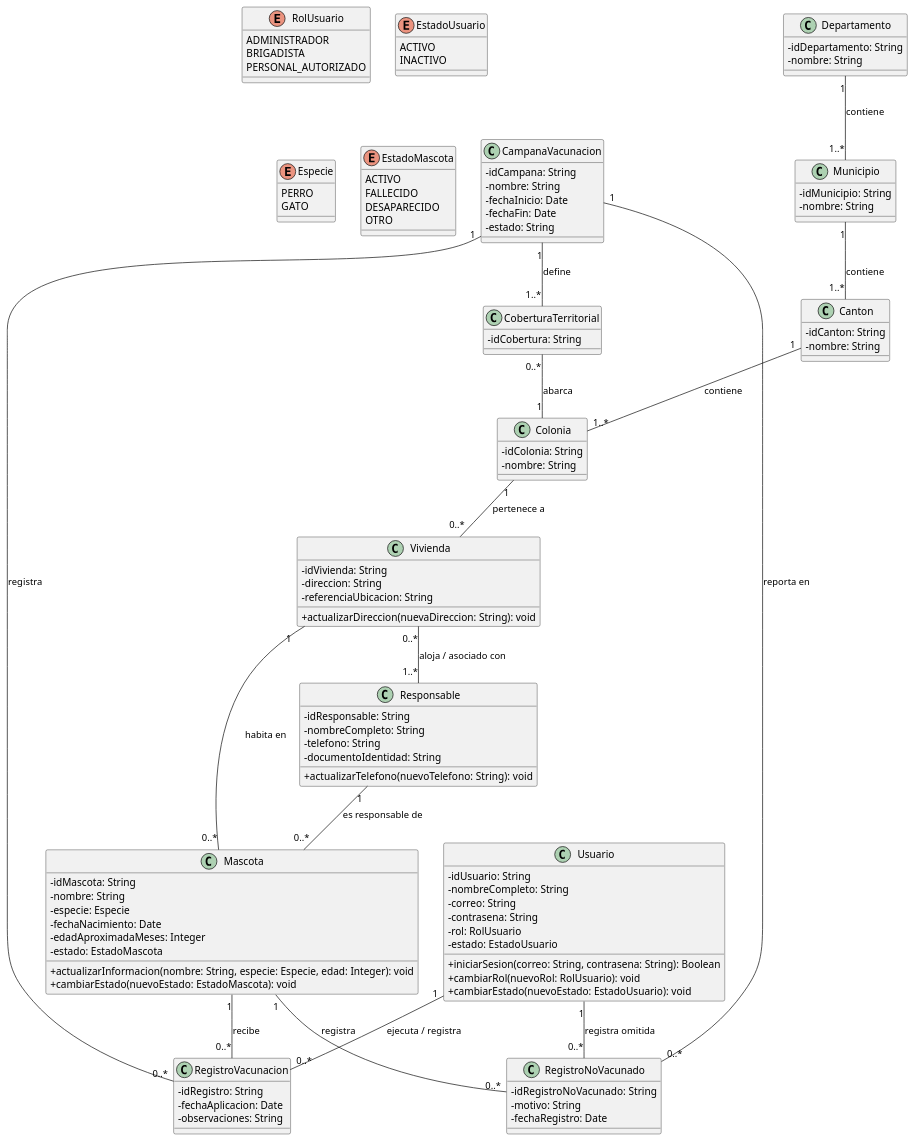
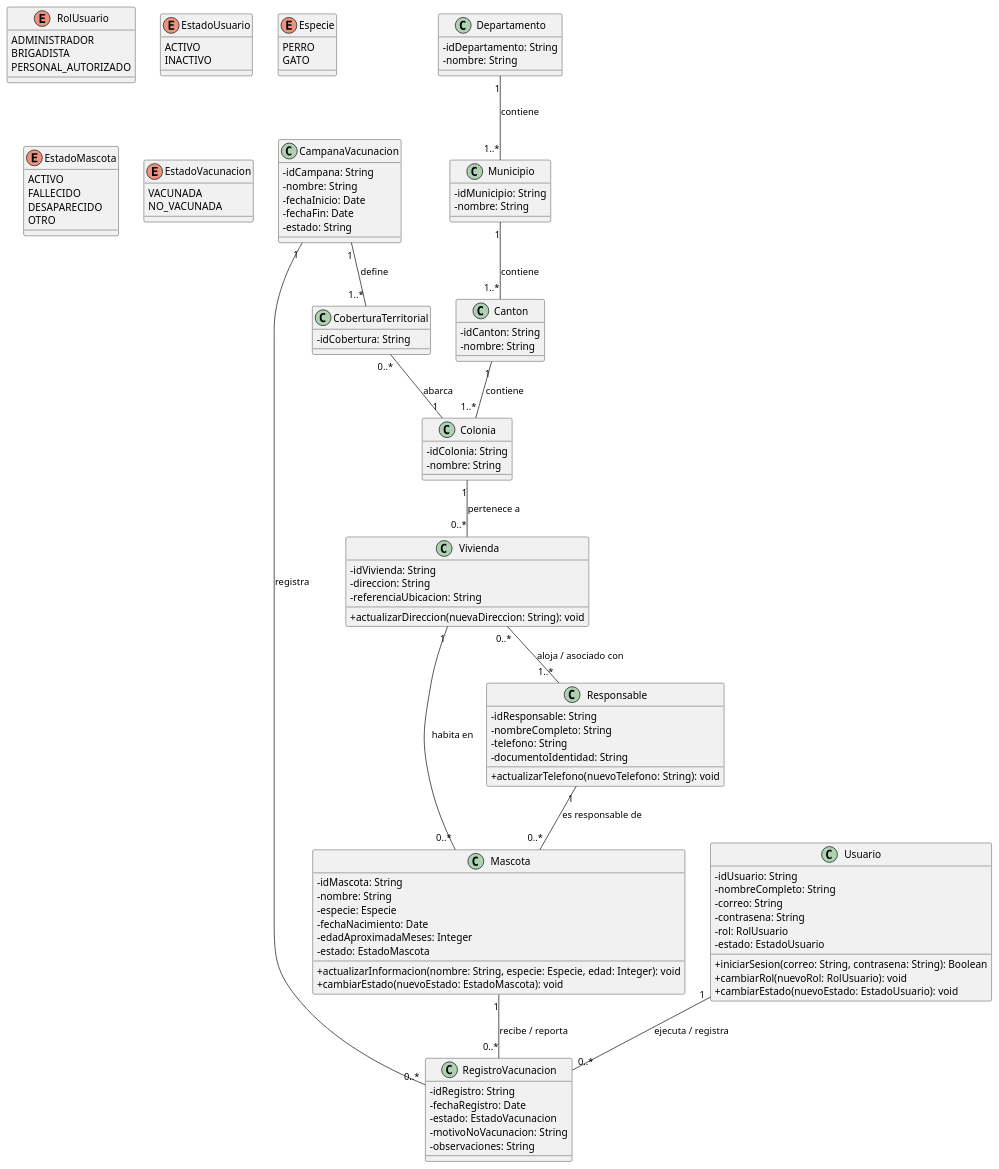
Before and after one commit to Alfredo2809/SISTEMA-DE-VACUNACION-ANIMAL: the diagram in src/main/Diagramas/Clases.puml, drawn with PlantUML. The commit also changed 2 other files, not shown here.

Commit message:
Actualizar diagramas: unificar Vacunado/NoVacunado en RegistroVacunacion

```diff
--- a/src/main/Diagramas/Clases.puml
+++ b/src/main/Diagramas/Clases.puml
@@ -1,131 +1,131 @@
 @startuml
 skinparam classAttributeIconSize 0
 
 ' Enums (Valores en UPPER_SNAKE_CASE)
 enum RolUsuario {
   ADMINISTRADOR
   BRIGADISTA
   PERSONAL_AUTORIZADO
 }
 
 enum EstadoUsuario {
   ACTIVO
   INACTIVO
 }
 
 enum Especie {
   PERRO
   GATO
 }
 
 enum EstadoMascota {
   ACTIVO
   FALLECIDO
   DESAPARECIDO
   OTRO
+}
+
+' Nuevo enumerador para clasificar el estado de la vacunación
+enum EstadoVacunacion {
+  VACUNADA
+  NO_VACUNADA
 }
 
 ' Clases Principales (UpperCamelCase)
 class CampanaVacunacion {
   - idCampana: String
   - nombre: String
   - fechaInicio: Date
   - fechaFin: Date
   - estado: String
 }
 
 class CoberturaTerritorial {
   - idCobertura: String
 }
 
 class Departamento {
   - idDepartamento: String
   - nombre: String
 }
 
 class Municipio {
   - idMunicipio: String
   - nombre: String
 }
 
 class Canton {
   - idCanton: String
   - nombre: String
 }
 
 class Colonia {
   - idColonia: String
   - nombre: String
 }
 
 class Vivienda {
   - idVivienda: String
   - direccion: String
   - referenciaUbicacion: String
   + actualizarDireccion(nuevaDireccion: String): void
 }
 
 class Responsable {
   - idResponsable: String
   - nombreCompleto: String
   - telefono: String
   - documentoIdentidad: String
   + actualizarTelefono(nuevoTelefono: String): void
 }
 
 class Mascota {
   - idMascota: String
   - nombre: String
   - especie: Especie
   - fechaNacimiento: Date
   - edadAproximadaMeses: Integer
   - estado: EstadoMascota
   + actualizarInformacion(nombre: String, especie: Especie, edad: Integer): void
   + cambiarEstado(nuevoEstado: EstadoMascota): void
 }
 
 class Usuario {
   - idUsuario: String
   - nombreCompleto: String
   - correo: String
   - contrasena: String
   - rol: RolUsuario
   - estado: EstadoUsuario
   + iniciarSesion(correo: String, contrasena: String): Boolean
   + cambiarRol(nuevoRol: RolUsuario): void
   + cambiarEstado(nuevoEstado: EstadoUsuario): void
 }
 
+' Clase unificada para los registros
 class RegistroVacunacion {
   - idRegistro: String
-  - fechaAplicacion: Date
+  - fechaRegistro: Date
+  - estado: EstadoVacunacion
+  - motivoNoVacunacion: String
   - observaciones: String
-}
-
-class RegistroNoVacunado {
-  - idRegistroNoVacunado: String
-  - motivo: String
-  - fechaRegistro: Date
 }
 
 ' Relaciones y Jerarquías
 Departamento "1" -- "1..*" Municipio : contiene
 Municipio "1" -- "1..*" Canton : contiene
 Canton "1" -- "1..*" Colonia : contiene
 Colonia "1" -- "0..*" Vivienda : pertenece a
 
 Vivienda "1" -- "0..*" Mascota : habita en
 Responsable "1" -- "0..*" Mascota : es responsable de
 Vivienda "0..*" -- "1..*" Responsable : aloja / asociado con
 
 CampanaVacunacion "1" -- "1..*" CoberturaTerritorial : define
 CoberturaTerritorial "0..*" -- "1" Colonia : abarca
 
 Usuario "1" -- "0..*" RegistroVacunacion : ejecuta / registra
-Usuario "1" -- "0..*" RegistroNoVacunado : registra omitida
 CampanaVacunacion "1" -- "0..*" RegistroVacunacion : registra
-CampanaVacunacion "1" -- "0..*" RegistroNoVacunado : reporta en
-Mascota "1" -- "0..*" RegistroVacunacion : recibe
-Mascota "1" -- "0..*" RegistroNoVacunado : registra
+Mascota "1" -- "0..*" RegistroVacunacion : recibe / reporta
 
 @enduml
```
